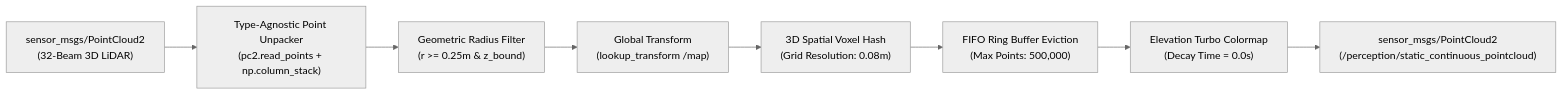
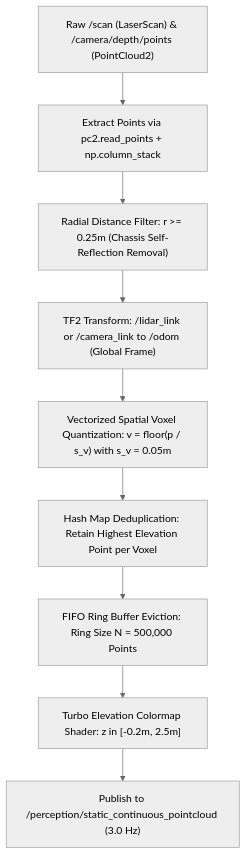
One commit to namanharshwal/Poultry_Farm_Robot changed the third of 4 diagrams in README.md. Above: the diagram before and after it, drawn with Mermaid (neutral theme). The commit also changed other lines of this file and 11 other files, not shown here.

````diff
--- a/README.md
+++ b/README.md
@@ -165,10 +193,11 @@
 ```mermaid
-flowchart LR
-    LIDAR_IN["sensor_msgs/PointCloud2<br/>(32-Beam 3D LiDAR)"] --> EXTRACT["Type-Agnostic Point Unpacker<br/>(pc2.read_points + np.column_stack)"]
-    EXTRACT --> FILTER["Geometric Radius Filter<br/>(r >= 0.25m & z_bound)"]
-    FILTER --> TF_TRANS["Global Transform<br/>(lookup_transform /map)"]
-    TF_TRANS --> VOXEL["3D Spatial Voxel Hash<br/>(Grid Resolution: 0.08m)"]
-    VOXEL --> FIFO["FIFO Ring Buffer Eviction<br/>(Max Points: 500,000)"]
-    FIFO --> RGB_MAP["Elevation Turbo Colormap<br/>(Decay Time = 0.0s)"]
-    RGB_MAP --> PUB["sensor_msgs/PointCloud2<br/>(/perception/static_continuous_pointcloud)"]
+flowchart TD
+    A["Raw /scan (LaserScan) & /camera/depth/points (PointCloud2)"] --> B["Extract Points via pc2.read_points + np.column_stack"]
+    B --> C["Radial Distance Filter: r >= 0.25m (Chassis Self-Reflection Removal)"]
+    C --> D["TF2 Transform: /lidar_link or /camera_link to /odom (Global Frame)"]
+    D --> E["Vectorized Spatial Voxel Quantization: v = floor(p / s_v) with s_v = 0.05m"]
+    E --> F["Hash Map Deduplication: Retain Highest Elevation Point per Voxel"]
+    F --> G["FIFO Ring Buffer Eviction: Ring Size N = 500,000 Points"]
+    G --> H["Turbo Elevation Colormap Shader: z in [-0.2m, 2.5m]"]
+    H --> I["Publish to /perception/static_continuous_pointcloud (3.0 Hz)"]
 ```
````
